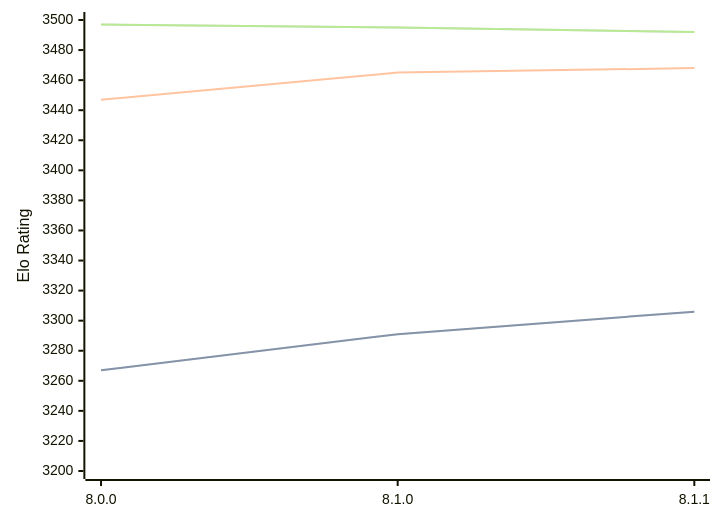
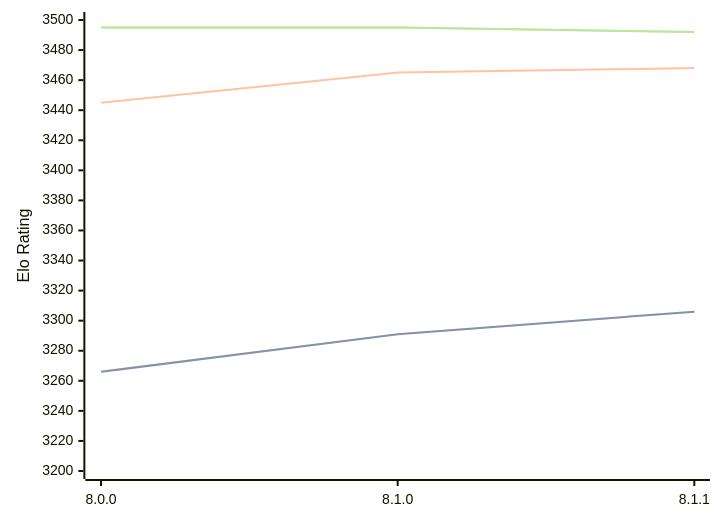
One commit to computer-chess-index/cci changed the diagram in engines/Velvet.md. Above: the diagram before and after it, drawn with Mermaid. The commit also changed other lines of this file, not shown here.

Commit message:
Update CCI Ratings (ELO VLTC) - 2026-03-22

````diff
--- a/engines/Velvet.md
+++ b/engines/Velvet.md
@@ -57,11 +57,11 @@
 ```mermaid
 %%{init: {"theme":"base","themeVariables":{"seriesColors:['#a3a3a3','#222221','#faa371']}}}%%
 xychart-beta
   x-axis ["8.0.0", "8.1.0", "8.1.1"]
   y-axis "Elo Rating" 3200 --> 3500
-  line "STC (8.0+0.08s)" [3267, 3291, 3306]
-  line "STC (8.0+0.08s)" [3267, 3291, 3306]
-  line "LTC (60.0+0.60s)" [3447, 3465, 3468]
-  line "VLTC (2m24s+1.12s)" [3497, 3495, 3492]
-  line "VLTC (2m24s+1.12s)" [3497, 3495, 3492]
+  line "STC (8.0+0.08s)" [3266, 3291, 3306]
+  line "STC (8.0+0.08s)" [3266, 3291, 3306]
+  line "LTC (60.0+0.60s)" [3445, 3465, 3468]
+  line "VLTC (2m24s+1.12s)" [3495, 3495, 3492]
+  line "VLTC (2m24s+1.12s)" [3495, 3495, 3492]
 ```
````
